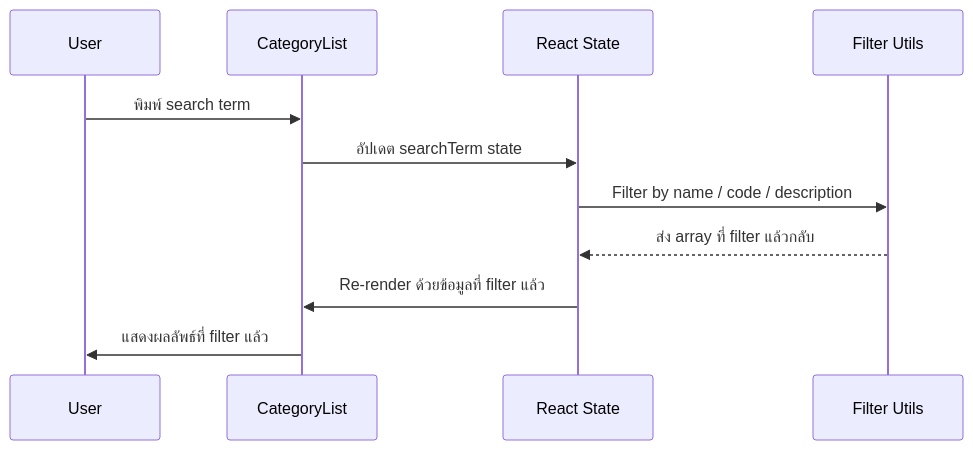
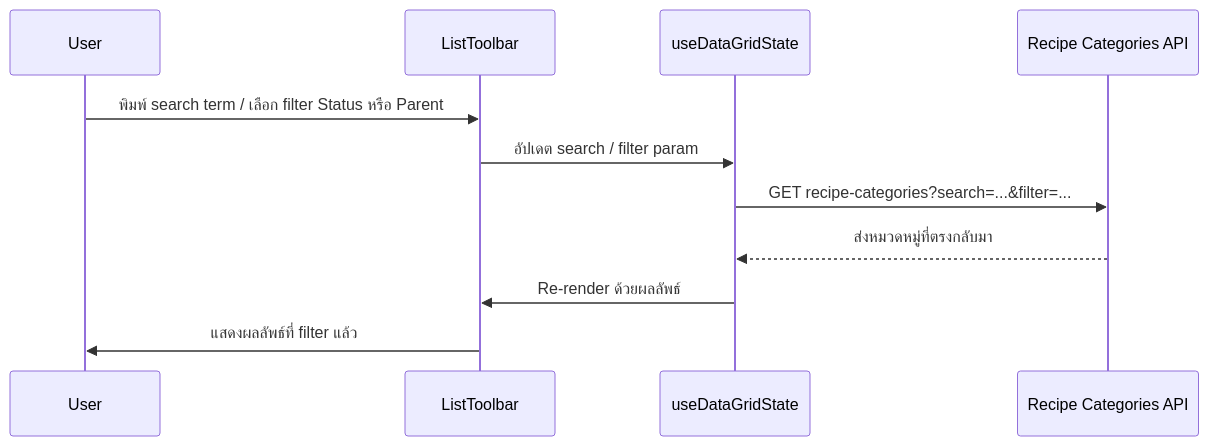
The second of 2 diagrams in th/inventory/recipe/category.md (CarmenSoftware-organization/carmen-wiki), drawn with Mermaid before and after one commit. The commit also changed other lines of this file and 20 other files, not shown here.

Commit message:
fix(product,master-data,recipe): correct 13 diagrams against code, drop disabled-export diagram (review round 1)

````diff
--- a/th/inventory/recipe/category.md
+++ b/th/inventory/recipe/category.md
@@ -51,14 +51,14 @@
 ```mermaid
 sequenceDiagram
     participant U as User
-    participant UI as CategoryList
-    participant State as React State
-    participant Utils as Filter Utils
+    participant UI as ListToolbar
+    participant State as useDataGridState
+    participant API as Recipe Categories API
 
-    U->>UI: พิมพ์ search term
-    UI->>State: อัปเดต searchTerm state
-    State->>Utils: Filter by name / code / description
-    Utils-->>State: ส่ง array ที่ filter แล้วกลับ
-    State->>UI: Re-render ด้วยข้อมูลที่ filter แล้ว
+    U->>UI: พิมพ์ search term / เลือก filter Status หรือ Parent
+    UI->>State: อัปเดต search / filter param
+    State->>API: GET recipe-categories?search=...&filter=...
+    API-->>State: ส่งหมวดหมู่ที่ตรงกลับมา
+    State->>UI: Re-render ด้วยผลลัพธ์
     UI->>U: แสดงผลลัพธ์ที่ filter แล้ว
 ```
````
